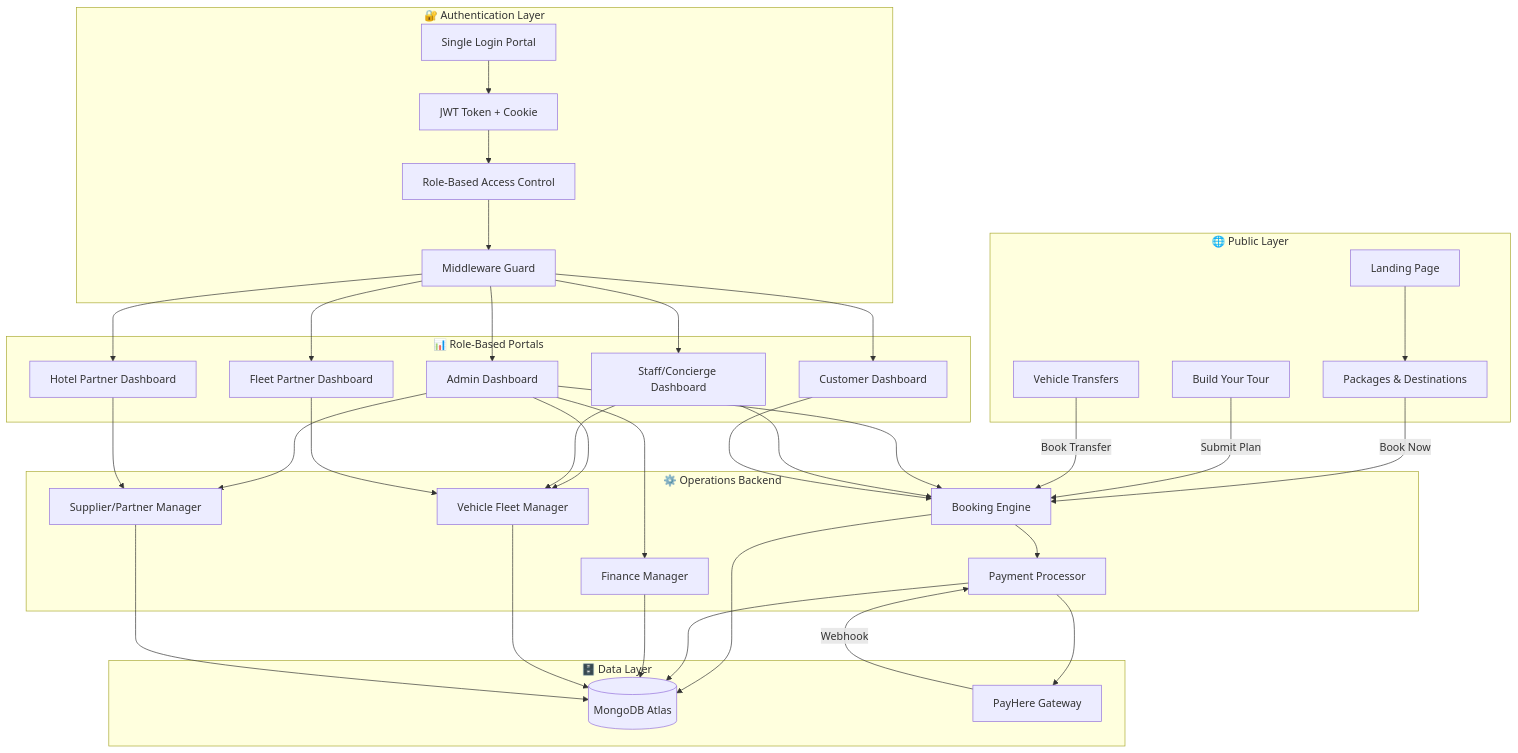
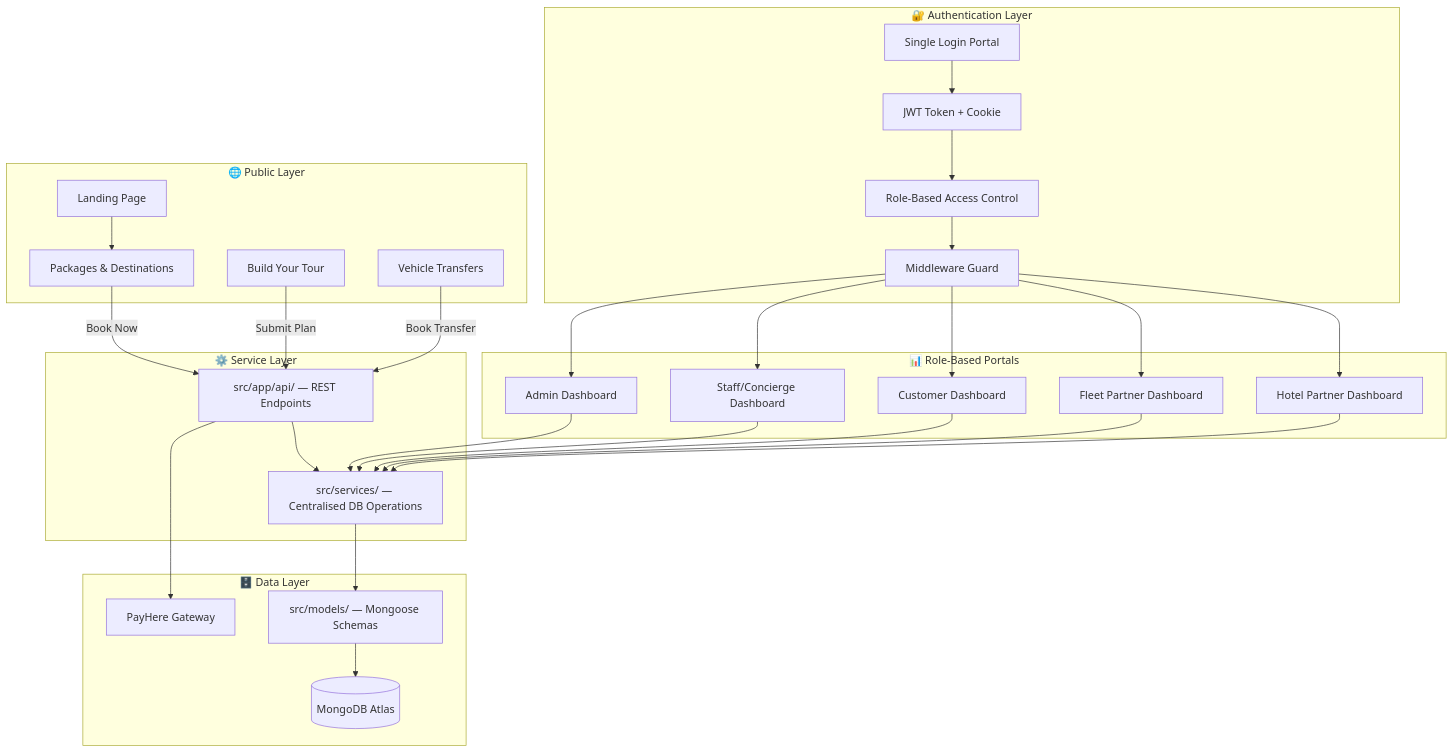
Before and after one commit to sahansbandara/Yatara-Ceylon: the first of 5 diagrams in README.md, drawn with Mermaid. The commit also changed other lines of this file and 7 other files, not shown here.

````diff
--- a/README.md
+++ b/README.md
@@ -49,56 +72,48 @@
 ```mermaid
 graph TB
     subgraph Public["🌐 Public Layer"]
         LP["Landing Page"]
         PKG["Packages & Destinations"]
         BT["Build Your Tour"]
         VH["Vehicle Transfers"]
     end
 
     subgraph Auth["🔐 Authentication Layer"]
         LOGIN["Single Login Portal"]
         JWT["JWT Token + Cookie"]
         RBAC["Role-Based Access Control"]
         MW["Middleware Guard"]
     end
 
     subgraph Dashboards["📊 Role-Based Portals"]
         AD["Admin Dashboard"]
         SD["Staff/Concierge Dashboard"]
         CD["Customer Dashboard"]
         FD["Fleet Partner Dashboard"]
         HD["Hotel Partner Dashboard"]
     end
 
-    subgraph Backend["⚙️ Operations Backend"]
-        BK["Booking Engine"]
-        PM["Payment Processor"]
-        FM["Finance Manager"]
-        VM["Vehicle Fleet Manager"]
-        SM["Supplier/Partner Manager"]
+    subgraph Backend["⚙️ Service Layer"]
+        SVC["src/services/ — Centralised DB Operations"]
+        API["src/app/api/ — REST Endpoints"]
     end
 
     subgraph Data["🗄️ Data Layer"]
         DB[(MongoDB Atlas)]
         PH[PayHere Gateway]
+        MDL["src/models/ — Mongoose Schemas"]
     end
 
     LP --> PKG
-    PKG -->|Book Now| BK
-    BT -->|Submit Plan| BK
-    VH -->|Book Transfer| BK
-    BK --> PM
-    PM --> PH
-    PH -->|Webhook| PM
+    PKG -->|Book Now| API
+    BT -->|Submit Plan| API
+    VH -->|Book Transfer| API
+    API --> SVC
+    SVC --> MDL --> DB
+    API --> PH
 
     LOGIN --> JWT --> RBAC --> MW
     MW --> AD & SD & CD & FD & HD
 
-    AD --> BK & FM & VM & SM
-    SD --> BK & VM
-    CD --> BK
-    FD --> VM
-    HD --> SM
-
-    BK & PM & FM & VM & SM --> DB
+    AD & SD & CD & FD & HD --> SVC
 ```
````
